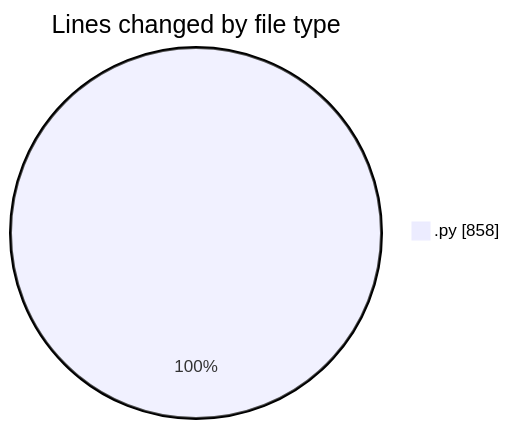
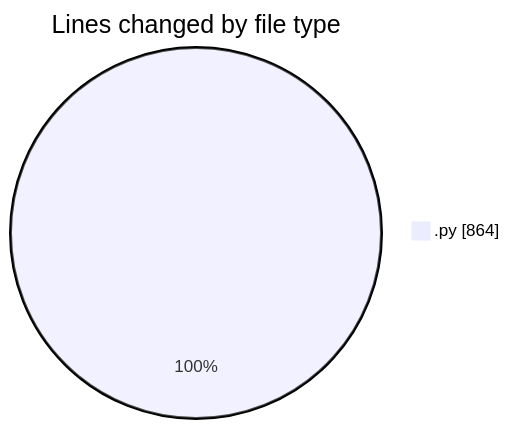
The first of 2 diagrams in 2025-10-09/eventscop-api-guide__workspace_/README.md (julien-gomy/code-tracking), drawn with Mermaid before and after one commit. The commit also changed other lines of this file and 1 other file, not shown here.

````diff
--- a/2025-10-09/eventscop-api-guide__workspace_/README.md
+++ b/2025-10-09/eventscop-api-guide__workspace_/README.md
@@ -21,5 +21,5 @@
 ```mermaid
 pie showData
 title Lines changed by file type
-".py" : 858
+".py" : 864
 ```
````
